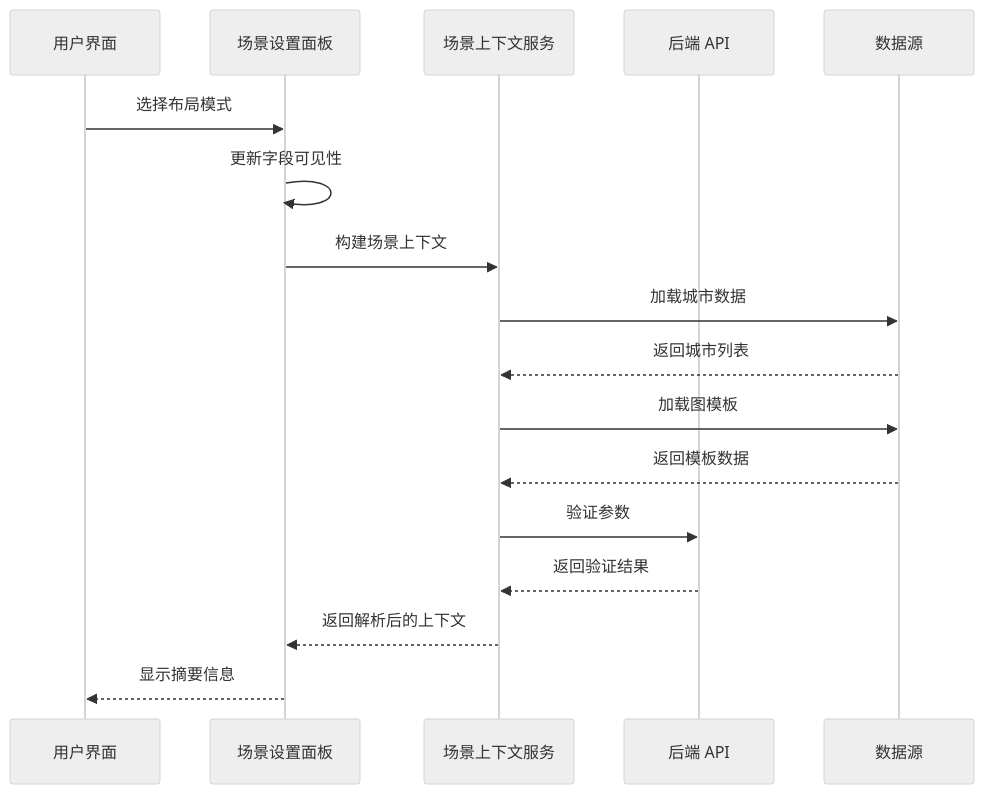
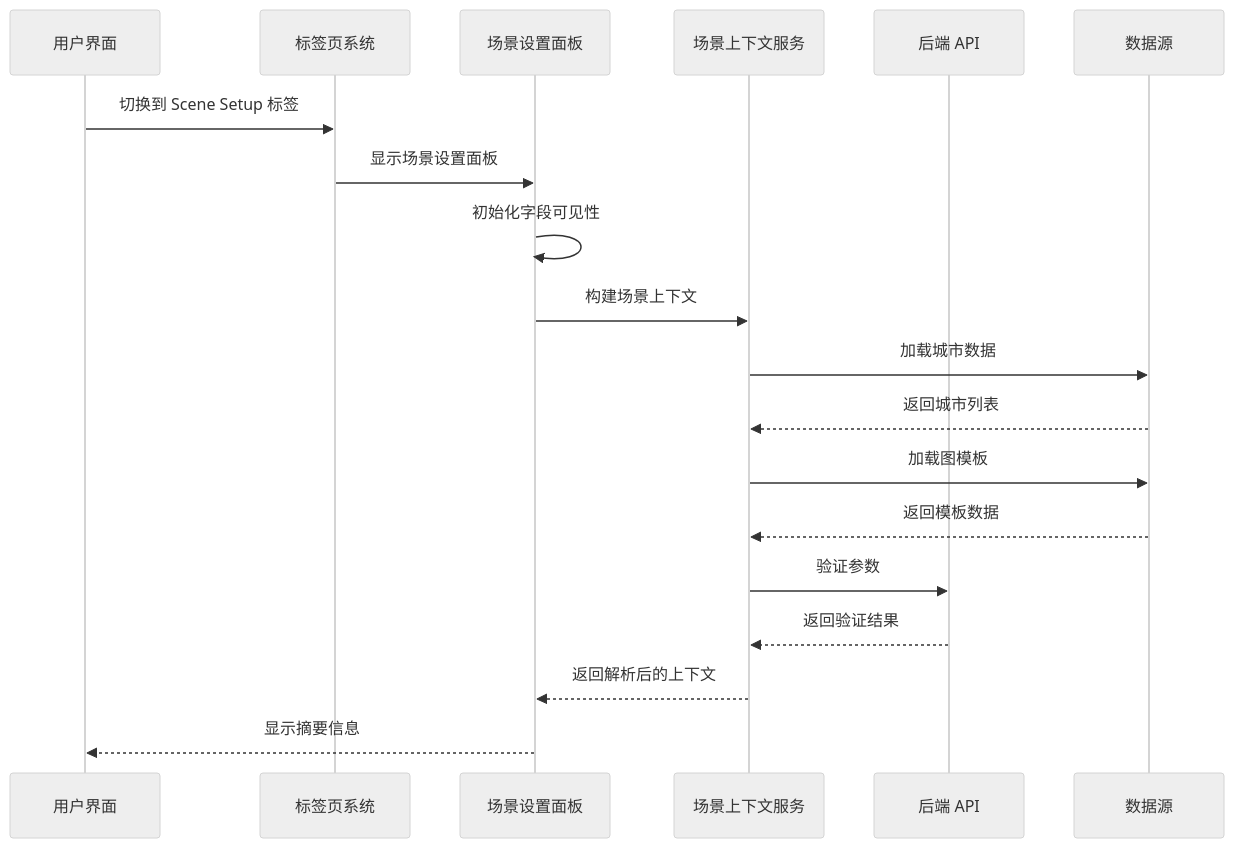
Before and after one commit to wsqstar/RoadGen3D: the fourth of 15 diagrams in .qoder/repowiki/zh/content/Web界面系统/工作台界面/场景设置面板.md, drawn with Mermaid (neutral theme). The commit also changed other lines of this file and 8 other files, not shown here.

First line of the commit message:
feat(tab-system): integrate conversation and scene jobs tabs into layout

````diff
--- a/.qoder/repowiki/zh/content/Web界面系统/工作台界面/场景设置面板.md
+++ b/.qoder/repowiki/zh/content/Web界面系统/工作台界面/场景设置面板.md
@@ -114,19 +192,21 @@
 ```mermaid
 sequenceDiagram
 participant User as 用户界面
+participant TabSystem as 标签页系统
 participant Panel as 场景设置面板
 participant Service as 场景上下文服务
 participant API as 后端 API
 participant Data as 数据源
-User->>Panel : 选择布局模式
-Panel->>Panel : 更新字段可见性
+User->>TabSystem : 切换到 Scene Setup 标签
+TabSystem->>Panel : 显示场景设置面板
+Panel->>Panel : 初始化字段可见性
 Panel->>Service : 构建场景上下文
 Service->>Data : 加载城市数据
 Data-->>Service : 返回城市列表
 Service->>Data : 加载图模板
 Data-->>Service : 返回模板数据
 Service->>API : 验证参数
 API-->>Service : 返回验证结果
 Service-->>Panel : 返回解析后的上下文
 Panel-->>User : 显示摘要信息
 ```
````
